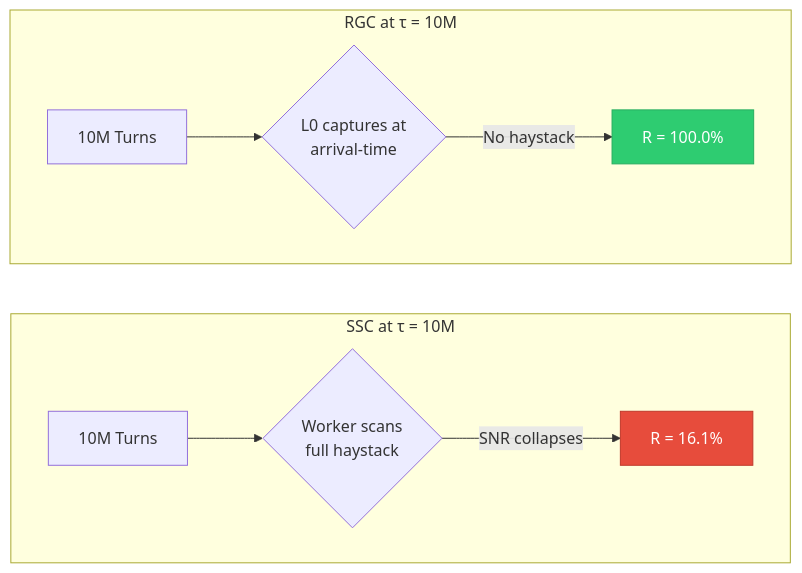
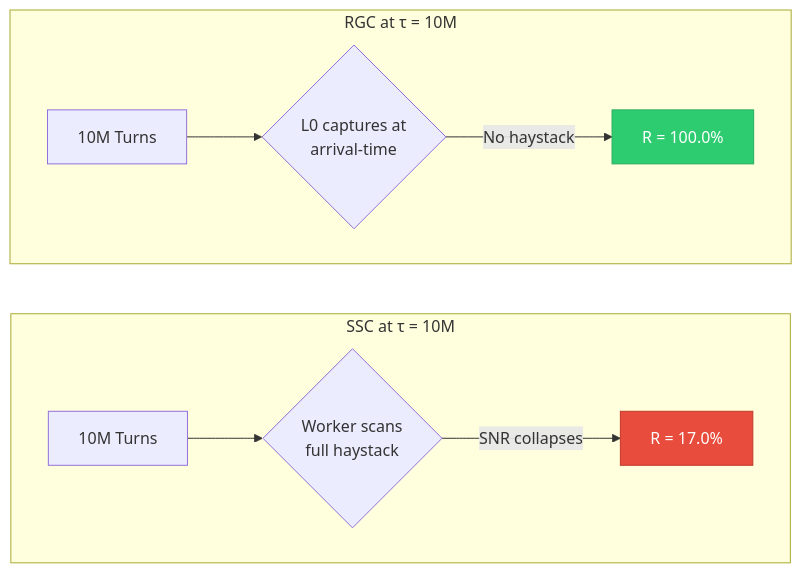
One commit to akashagl92/agentic-memory-scaling changed the second of 3 diagrams in paper/paper_memory_consolidation_apa.md. Above: the diagram before and after it, drawn with Mermaid. The commit also changed other lines of this file and 2 other files, not shown here.

````diff
--- a/paper/paper_memory_consolidation_apa.md
+++ b/paper/paper_memory_consolidation_apa.md
@@ -199,17 +199,17 @@
 ```mermaid
 graph LR
     subgraph "SSC at τ = 10M"
         direction LR
         S1["10M Turns"] --> S2{"Worker scans<br/>full haystack"}
-        S2 -->|"SNR collapses"| S3["R = 16.1%"]
+        S2 -->|"SNR collapses"| S3["R = 17.0%"]
     end
 
     subgraph "RGC at τ = 10M"
         direction LR
         R1["10M Turns"] --> R2{"L0 captures at<br/>arrival-time"}
         R2 -->|"No haystack"| R3["R = 100.0%"]
     end
 
     style S3 fill:#e74c3c,stroke:#c0392b,color:#fff
     style R3 fill:#2ecc71,stroke:#27ae60,color:#fff
 ```
````
